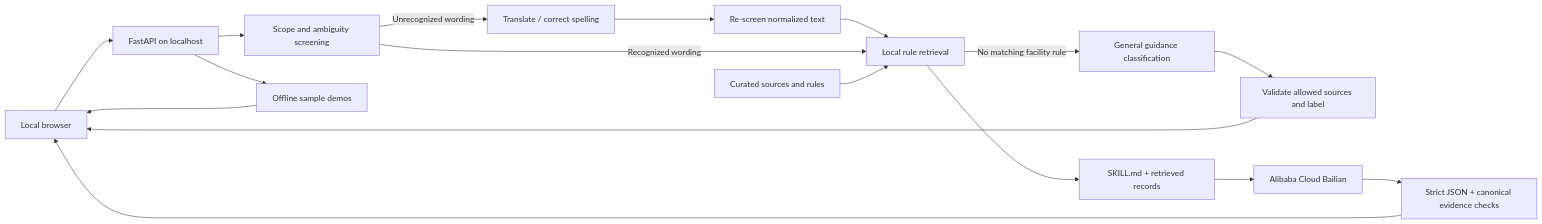
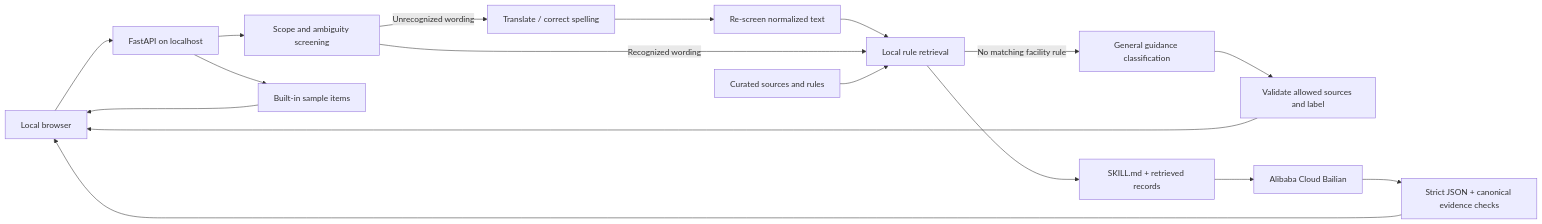
The diagram in docs/architecture.md (pzdmmsd/HKU-Recycling-Helper), drawn with Mermaid before and after one commit. The commit also changed other lines of this file and 14 other files, not shown here.

````diff
--- a/docs/architecture.md
+++ b/docs/architecture.md
@@ -3,19 +3,19 @@
 ```mermaid
 flowchart LR
     Browser[Local browser] --> API[FastAPI on localhost]
     API --> Screen[Scope and ambiguity screening]
     Screen -->|Unrecognized wording| Normalize[Translate / correct spelling]
     Normalize --> Screen2[Re-screen normalized text]
     Screen2 --> Retrieve[Local rule retrieval]
     Screen -->|Recognized wording| Retrieve
     Retrieve -->|No matching facility rule| General[General guidance classification]
     General --> ValidateGeneral[Validate allowed sources and label]
     ValidateGeneral --> Browser
     Sources[Curated sources and rules] --> Retrieve
     Retrieve --> Prompt[SKILL.md + retrieved records]
     Prompt --> Provider[Alibaba Cloud Bailian]
     Provider --> Validate[Strict JSON + canonical evidence checks]
     Validate --> Browser
-    API --> Samples[Offline sample demos]
+    API --> Samples[Built-in sample items]
     Samples --> Browser
 ```
````
